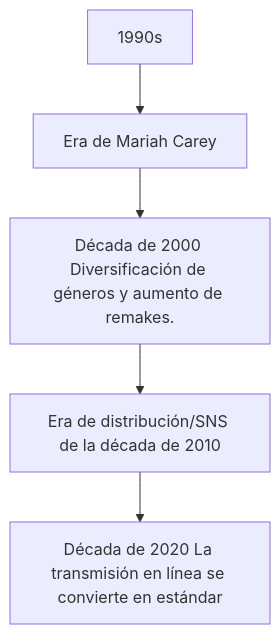
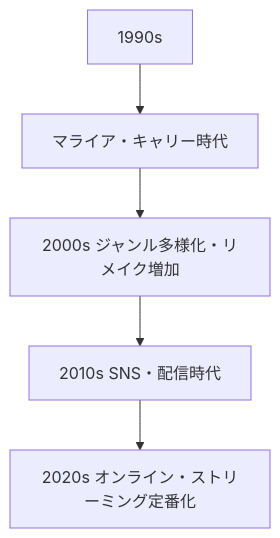
One commit to monumental-movement/monumental-movement.github.io changed the sixth of 6 diagrams in es/_posts/2025-11-16-column-christmas-songs-history.md. Above: the diagram before and after it, drawn with Mermaid. The commit also changed other lines of this file and 299 other files, not shown here.

```diff
--- a/es/_posts/2025-11-16-column-christmas-songs-history.md
+++ b/es/_posts/2025-11-16-column-christmas-songs-history.md
@@ -209,9 +209,9 @@
 <div class="mermaid">
 
 graph TD
-A[1990s] --> B[Era de Mariah Carey]
-B --> C[Década de 2000 Diversificación de géneros y aumento de remakes.]
-C --> D[Era de distribución/SNS de la década de 2010]
-D --> E[Década de 2020 La transmisión en línea se convierte en estándar]
+A[1990s] --> B[マライア・キャリー時代]
+B --> C[2000s ジャンル多様化・リメイク増加]
+C --> D[2010s SNS・配信時代]
+D --> E[2020s オンライン・ストリーミング定番化]
 
 </div>
```
